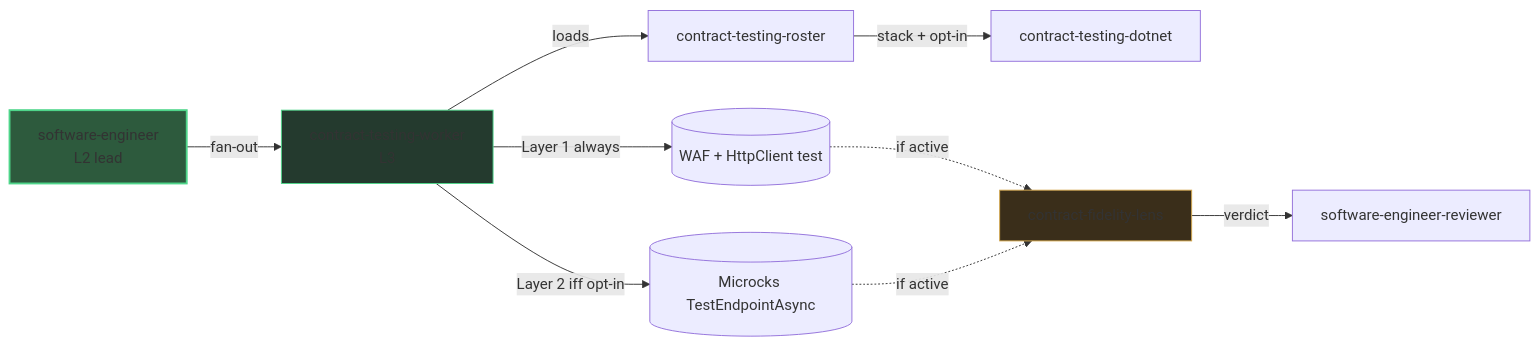
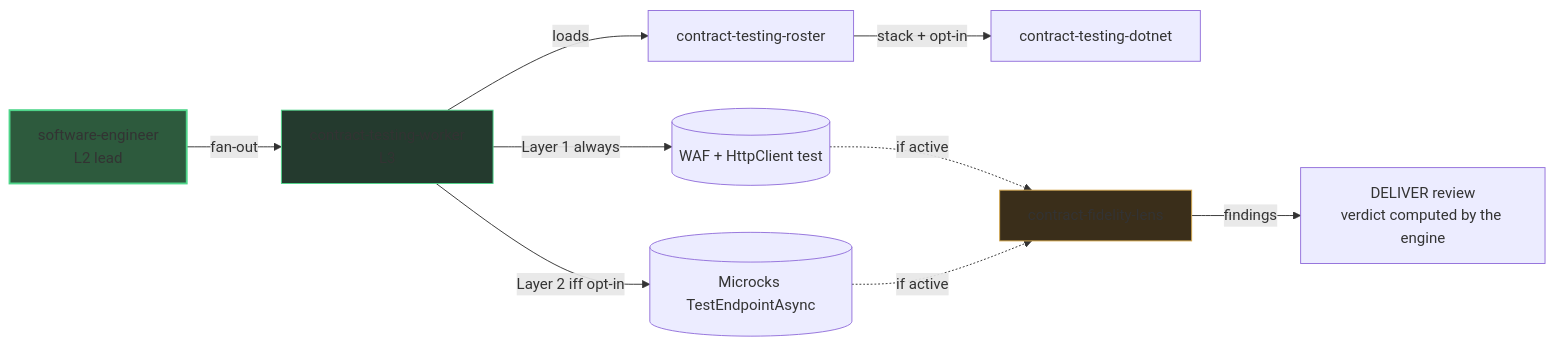
Before and after one commit to SebastienDegodez/skraft-plugin: the diagram in docs/site/en/explanation/deep-dive/contract-testing.md, drawn with Mermaid. The commit also changed other lines of this file and 90 other files, not shown here.

First line of the commit message:
refactor(skraft-framework): retire the V1 reviewer agents, the engine's lenses review

````diff
--- a/docs/site/en/explanation/deep-dive/contract-testing.md
+++ b/docs/site/en/explanation/deep-dive/contract-testing.md
@@ -28,15 +28,15 @@
 ```mermaid
 graph LR
     SE[software-engineer<br/>L2 lead] -->|fan-out| CTW[contract-testing-worker<br/>L3]
     CTW -->|loads| RST[contract-testing-roster]
     RST -->|stack + opt-in| CTD[contract-testing-dotnet]
     CTW -->|Layer 1 always| BL[(WAF + HttpClient test)]
     CTW -->|Layer 2 iff opt-in| MC[(Microcks TestEndpointAsync)]
     BL -.if active.-> CFL[contract-fidelity-lens]
     MC -.if active.-> CFL
-    CFL -->|verdict| SER[software-engineer-reviewer]
+    CFL -->|findings| DR[DELIVER review<br/>verdict computed by the engine]
 
     style SE fill:#2d5a3d,stroke:#4ed58a,stroke-width:2px
     style CTW fill:#243a2e,stroke:#4ed58a
     style CFL fill:#3a2e1a,stroke:#d5a84e
 ```
````
